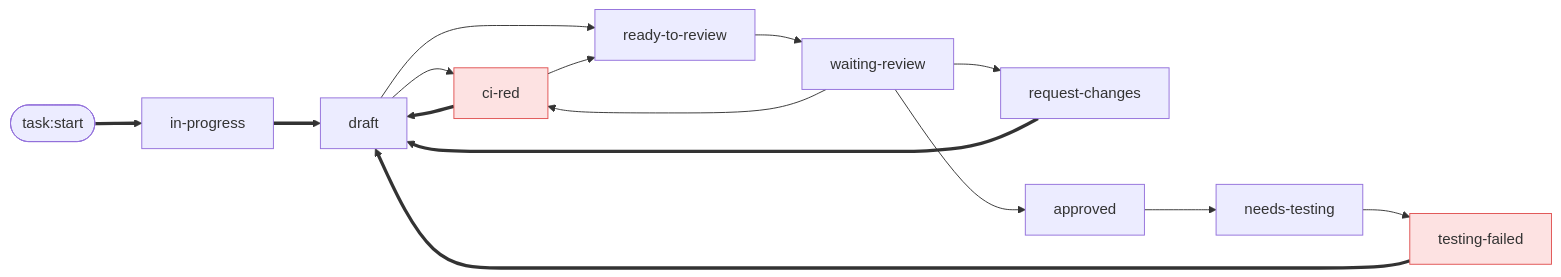
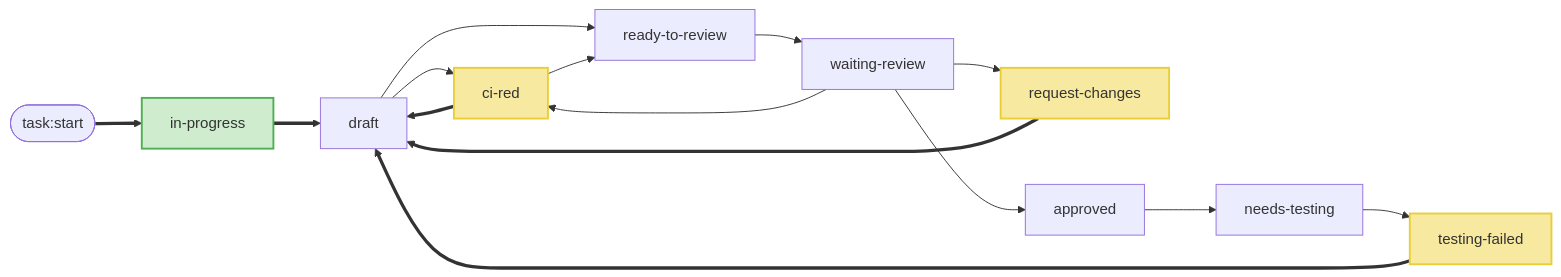
One commit to Korbeil/presentations changed the diagram in 2026-11-ia-pablo/slides/content/chapter/states.md. Above: the diagram before and after it, drawn with Mermaid. The commit also changed 3 other files, not shown here.

Commit message:
feat(ia-pablo): add agents slide, reorder rebase slides after states, highlight states in graph

````diff
--- a/2026-11-ia-pablo/slides/content/chapter/states.md
+++ b/2026-11-ia-pablo/slides/content/chapter/states.md
@@ -7,19 +7,21 @@
 ```mermaid {scale: 0.5}
 flowchart LR
   S([task:start]) ==> IP[in-progress]
   IP ==> D[draft]
   D --> CR[ci-red]
   D --> RR[ready-to-review]
   CR --> RR
   RR --> WR[waiting-review]
   WR --> CR
   WR --> RC[request-changes]
   WR --> AP[approved]
   AP --> NT[needs-testing]
   NT --> TF[testing-failed]
   CR ==> D
   RC ==> D
   TF ==> D
-  classDef red fill:#fde2e2,stroke:#e05252
-  class CR,TF red
+  classDef hot fill:#f7e9a0,stroke:#e9ce37,stroke-width:2px
+  classDef start fill:#cfeccf,stroke:#4caf50,stroke-width:2px
+  class CR,TF,RC hot
+  class IP start
 ```
````
